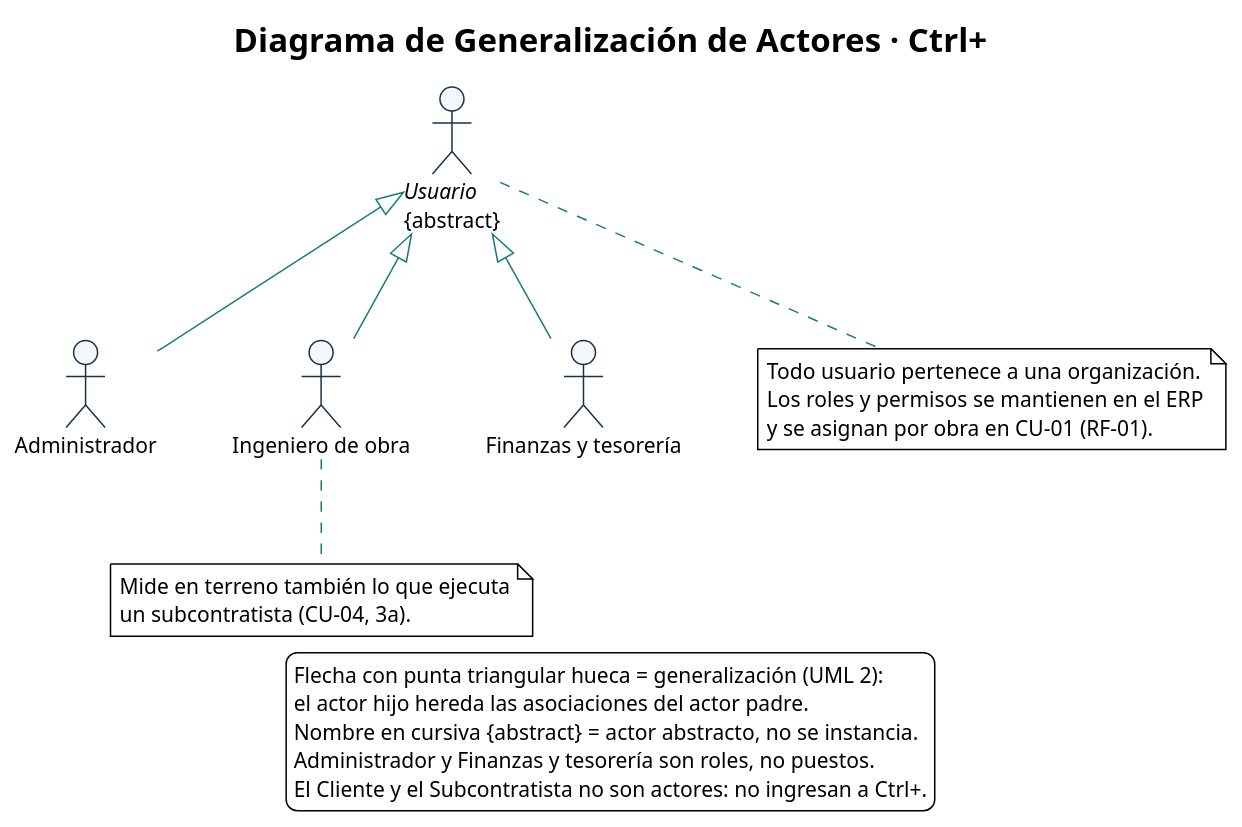
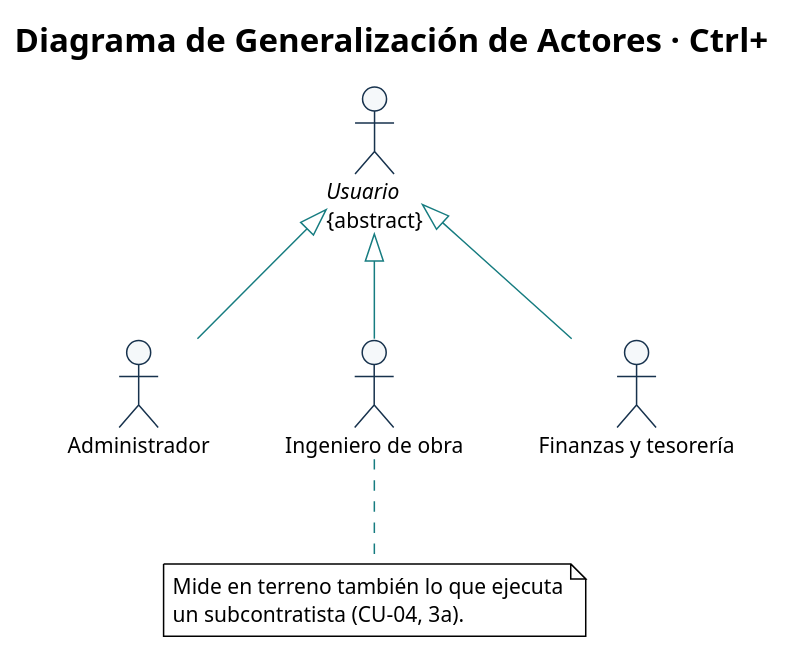
The diagram in diagramas/CU-00-generalizacion-actores.puml (Ssrrb/tpf-uca), drawn with PlantUML before and after one commit. The commit also changed 22 other files, not shown here.

First line of the commit message:
Quita las notas y leyendas de más de una oración

```diff
--- a/diagramas/CU-00-generalizacion-actores.puml
+++ b/diagramas/CU-00-generalizacion-actores.puml
@@ -1,55 +1,42 @@
 @startuml
 !theme plain
 skinparam style strictuml
 title Diagrama de Generalización de Actores · Ctrl+
 skinparam shadowing false
 skinparam defaultFontName Arial
 skinparam defaultFontSize 14
 skinparam ArrowColor #167C80
 skinparam actor {
   BackgroundColor #F5F8FA
   BorderColor #17324D
 }
 skinparam usecase {
   BackgroundColor #F5F8FA
   BorderColor #17324D
 }
 skinparam rectangle {
   BackgroundColor #FFFFFF
   BorderColor #17324D
 }
 skinparam package {
   BackgroundColor #EAF2F6
   BorderColor #17324D
 }
 skinparam nodesep 50
 skinparam ranksep 70
 
 actor "<i>Usuario</i>\n{abstract}" as USR
 actor "Administrador" as ADM
 actor "Ingeniero de obra" as ING
 actor "Finanzas y tesorería" as FIN
 
 USR <|-- ADM
 USR <|-- ING
 USR <|-- FIN
 
-note bottom of USR
-  Todo usuario pertenece a una organización.
-  Los roles y permisos se mantienen en el ERP
-  y se asignan por obra en CU-01 (RF-01).
-end note
-
 note bottom of ING
   Mide en terreno también lo que ejecuta
   un subcontratista (CU-04, 3a).
 end note
 
-legend bottom
-  Flecha con punta triangular hueca = generalización (UML 2):
-  el actor hijo hereda las asociaciones del actor padre.
-  Nombre en cursiva {abstract} = actor abstracto, no se instancia.
-  Administrador y Finanzas y tesorería son roles, no puestos.
-  El Cliente y el Subcontratista no son actores: no ingresan a Ctrl+.
-endlegend
 @enduml
```
